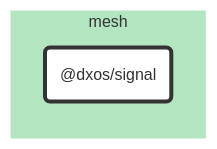
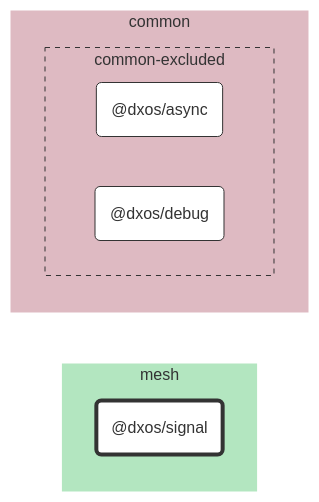
The diagram in packages/mesh/signal/docs/README.md (dxos/dxos), drawn with Mermaid before and after one commit. The commit also changed 65 other files, not shown here.

````diff
--- a/packages/mesh/signal/docs/README.md
+++ b/packages/mesh/signal/docs/README.md
@@ -7,20 +7,32 @@
 ```mermaid
 %%{ init: {'flowchart':{'curve':'basis'}} }%%
 
 flowchart LR
 
 %% Classes
 classDef def fill:#fff,stroke:#333,stroke-width:1px
 classDef root fill:#fff,stroke:#333,stroke-width:4px
 
 %% Nodes
 
 subgraph mesh [mesh]
   style mesh fill:#b3e6c0,stroke:#fff
   dxos/signal("@dxos/signal"):::root
   click dxos/signal "dxos/dxos/tree/main/packages/mesh/signal/docs"
 end
 
+subgraph common [common]
+  style common fill:#debac2,stroke:#fff
+
+  subgraph common-excluded [common-excluded]
+    style common-excluded fill:#debac2,stroke:#333,stroke-dasharray:5 5
+    dxos/async("@dxos/async"):::def
+    click dxos/async "dxos/dxos/tree/main/packages/common/async/docs"
+    dxos/debug("@dxos/debug"):::def
+    click dxos/debug "dxos/dxos/tree/main/packages/common/debug/docs"
+  end
+end
+
 %% Links
 linkStyle default stroke:#333,stroke-width:1px
 ```
````
